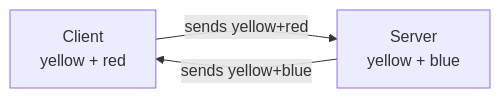
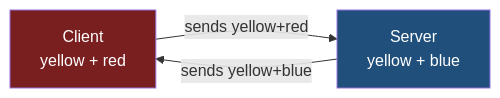
One commit to Dummy-Bug/system-design-handbook changed the first of 3 diagrams in Devops/04-Networking/12-Diffie-Hellman-Key-Exchange.md. Above: the diagram before and after it, drawn with Mermaid. The commit also changed other lines of this file and 53 other files, not shown here.

````diff
--- a/Devops/04-Networking/12-Diffie-Hellman-Key-Exchange.md
+++ b/Devops/04-Networking/12-Diffie-Hellman-Key-Exchange.md
@@ -24,5 +28,7 @@
 ```mermaid
 flowchart LR
     C["Client<br/>yellow + red"] -->|"sends yellow+red"| S["Server<br/>yellow + blue"]
     S -->|"sends yellow+blue"| C
+    style C fill:#7a1f1f,color:#fff
+    style S fill:#1f4f7a,color:#fff
 ```
````
